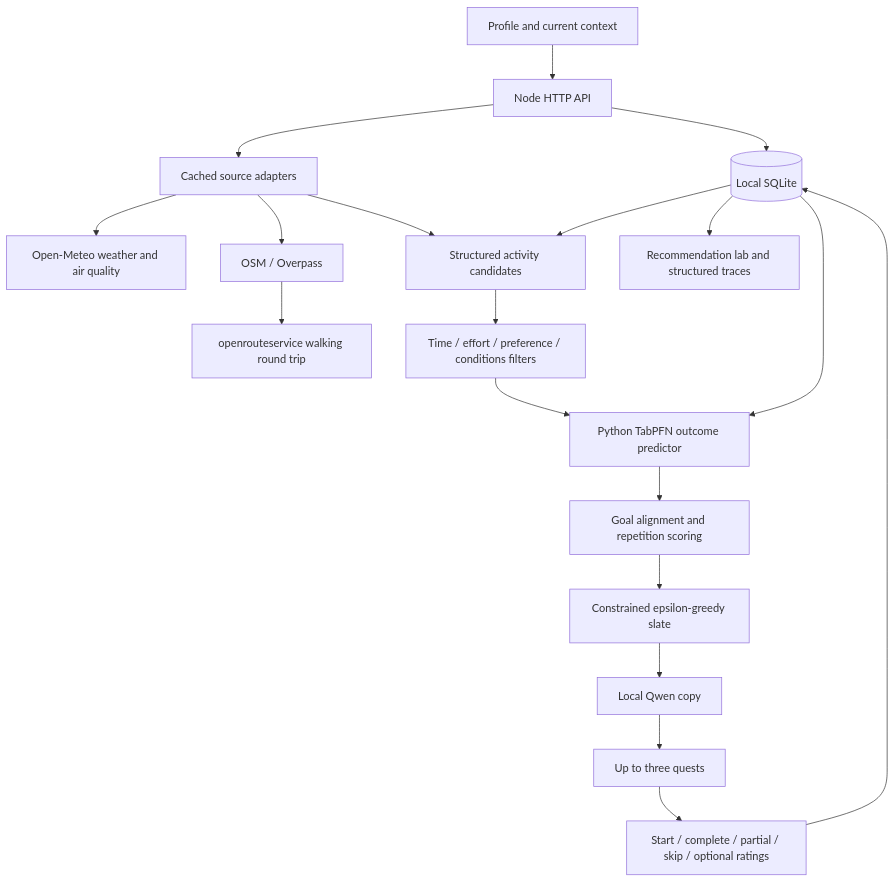
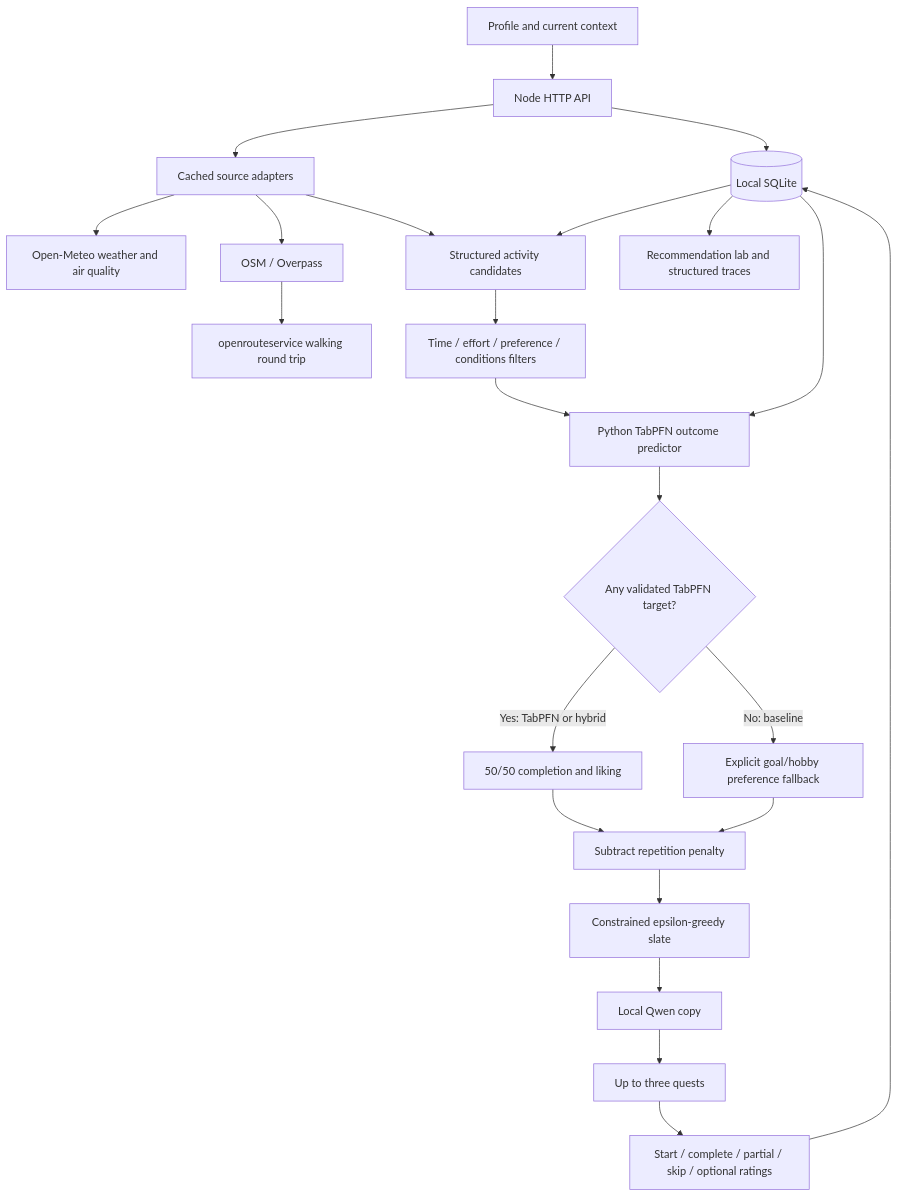
The diagram in ARCHITECTURE.md (Sahil-Jaiswal-189/Outbound), drawn with Mermaid before and after one commit. The commit also changed other lines of this file and 23 other files, not shown here.

````diff
--- a/ARCHITECTURE.md
+++ b/ARCHITECTURE.md
@@ -9,21 +9,25 @@
 ```mermaid
 flowchart TD
   UI[Profile and current context] --> Node[Node HTTP API]
   Node --> DB[(Local SQLite)]
   Node --> Sources[Cached source adapters]
   Sources --> Weather[Open-Meteo weather and air quality]
   Sources --> Places[OSM / Overpass]
   Places --> Routes[openrouteservice walking round trip]
   Sources --> Candidates[Structured activity candidates]
   DB --> Candidates
   Candidates --> Filter[Time / effort / preference / conditions filters]
   Filter --> Predictor[Python TabPFN outcome predictor]
   DB --> Predictor
-  Predictor --> Score[Goal alignment and repetition scoring]
+  Predictor --> Mode{Any validated TabPFN target?}
+  Mode -->|Yes: TabPFN or hybrid| Average[50/50 completion and liking]
+  Mode -->|No: baseline| Fallback[Explicit goal/hobby preference fallback]
+  Average --> Score[Subtract repetition penalty]
+  Fallback --> Score
   Score --> Select[Constrained epsilon-greedy slate]
   Select --> Qwen[Local Qwen copy]
   Qwen --> Deck[Up to three quests]
   Deck --> Feedback[Start / complete / partial / skip / optional ratings]
   Feedback --> DB
   DB --> Lab[Recommendation lab and structured traces]
 ```
````
